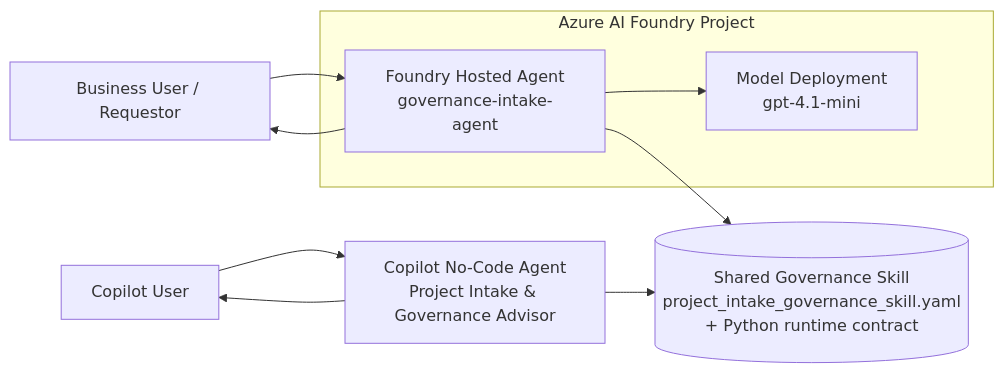
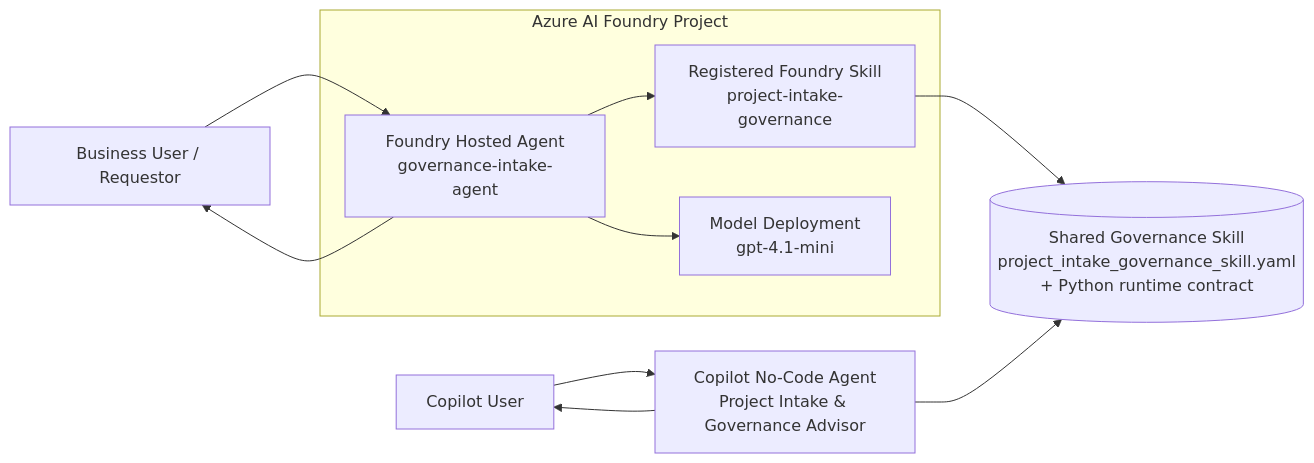
One commit to acworkma/skills-demo changed the diagram in README.md. Above: the diagram before and after it, drawn with Mermaid. The commit also changed other lines of this file and 2 other files, not shown here.

First line of the commit message:
feat: add Skill registration script and clean up deployment docs

````diff
--- a/README.md
+++ b/README.md
@@ -30,22 +30,24 @@
 ```mermaid
 flowchart LR
     U1[Business User / Requestor]
     U2[Copilot User]
 
     S[(Shared Governance Skill<br/>project_intake_governance_skill.yaml<br/>+ Python runtime contract)]
 
     subgraph F[Azure AI Foundry Project]
+        SK[Registered Foundry Skill<br/>project-intake-governance]
         M[Model Deployment<br/>gpt-4.1-mini]
         A[Foundry Hosted Agent<br/>governance-intake-agent]
     end
 
     C[Copilot No-Code Agent<br/>Project Intake & Governance Advisor]
 
     U1 --> A
     U2 --> C
-    A --> S
+    A --> SK
+    SK --> S
     C --> S
     A --> M
     A --> U1
     C --> U2
 ```
````
